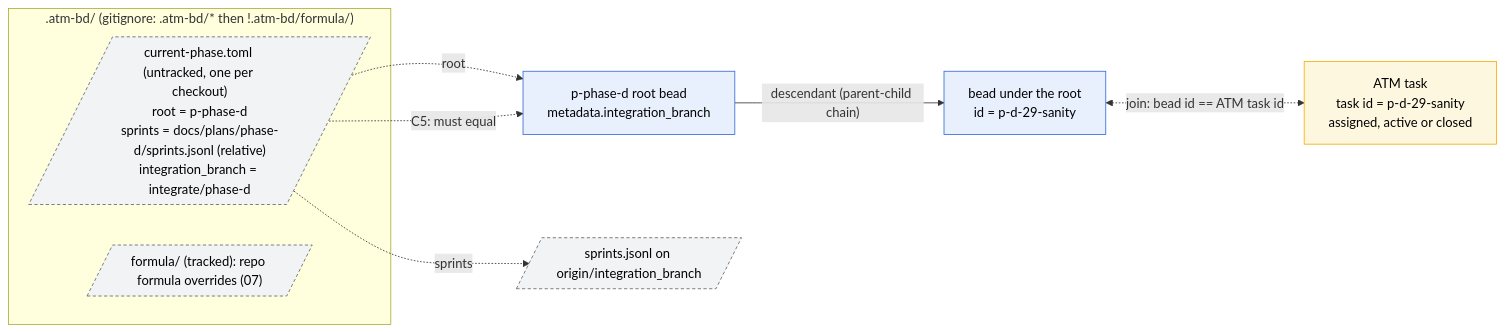
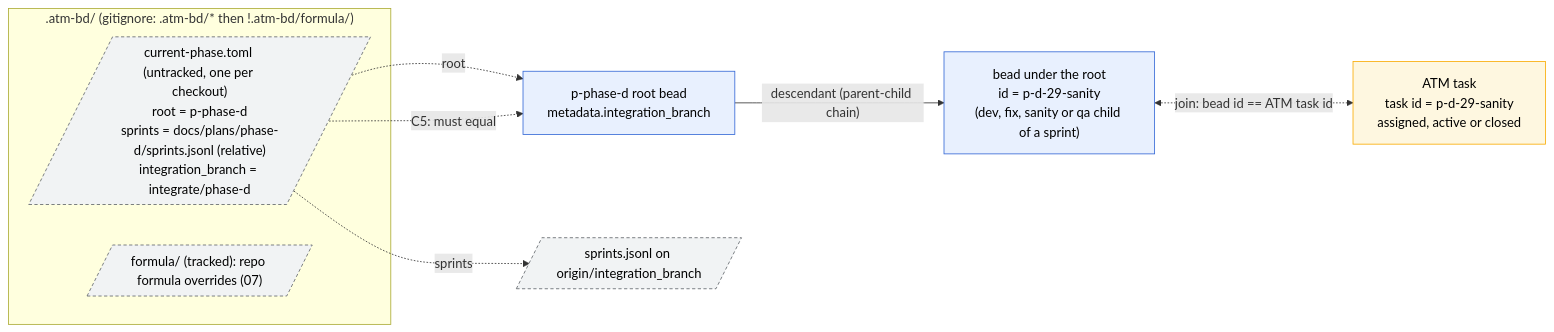
One commit to randlee/atm-bd-orchestration changed the first of 2 diagrams in docs/diagrams/06-correlation.md. Above: the diagram before and after it, drawn with Mermaid. The commit also changed other lines of this file and 6 other files, not shown here.

First line of the commit message:
docs: apply Rand's 2026-10-03 flat fix model to the bead diagrams

````diff
--- a/docs/diagrams/06-correlation.md
+++ b/docs/diagrams/06-correlation.md
@@ -5,21 +5,21 @@
 ```mermaid
 flowchart LR
   classDef tmpl fill:#e8f0fe,stroke:#3367d6,color:#000
   classDef file fill:#f1f3f4,stroke:#5f6368,stroke-dasharray:4 3,color:#000
   classDef atm fill:#fef7e0,stroke:#f9ab00,color:#000
 
   subgraph ATMBD[".atm-bd/  (gitignore: .atm-bd/* then !.atm-bd/formula/)"]
     TOML[/"current-phase.toml (untracked, one per checkout)<br/>root = p-phase-d<br/>sprints = docs/plans/phase-d/sprints.jsonl (relative)<br/>integration_branch = integrate/phase-d"/]:::file
     FORM[/"formula/ (tracked): repo formula overrides (07)"/]:::file
   end
   ROOT["p-phase-d root bead<br/>metadata.integration_branch"]:::tmpl
   SJ[/"sprints.jsonl on origin/integration_branch"/]:::file
-  BEAD["bead under the root<br/>id = p-d-29-sanity"]:::tmpl
+  BEAD["bead under the root<br/>id = p-d-29-sanity<br/>(dev, fix, sanity or qa child of a sprint)"]:::tmpl
   TASK["ATM task<br/>task id = p-d-29-sanity<br/>assigned, active or closed"]:::atm
 
   TOML -. "root" .-> ROOT
   TOML -. "sprints" .-> SJ
   TOML -. "C5: must equal" .-> ROOT
   ROOT -->|"descendant (parent-child chain)"| BEAD
   BEAD <-. "join: bead id == ATM task id" .-> TASK
 ```
````
